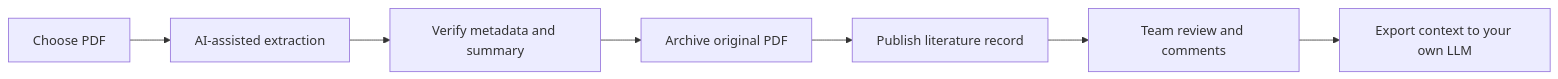
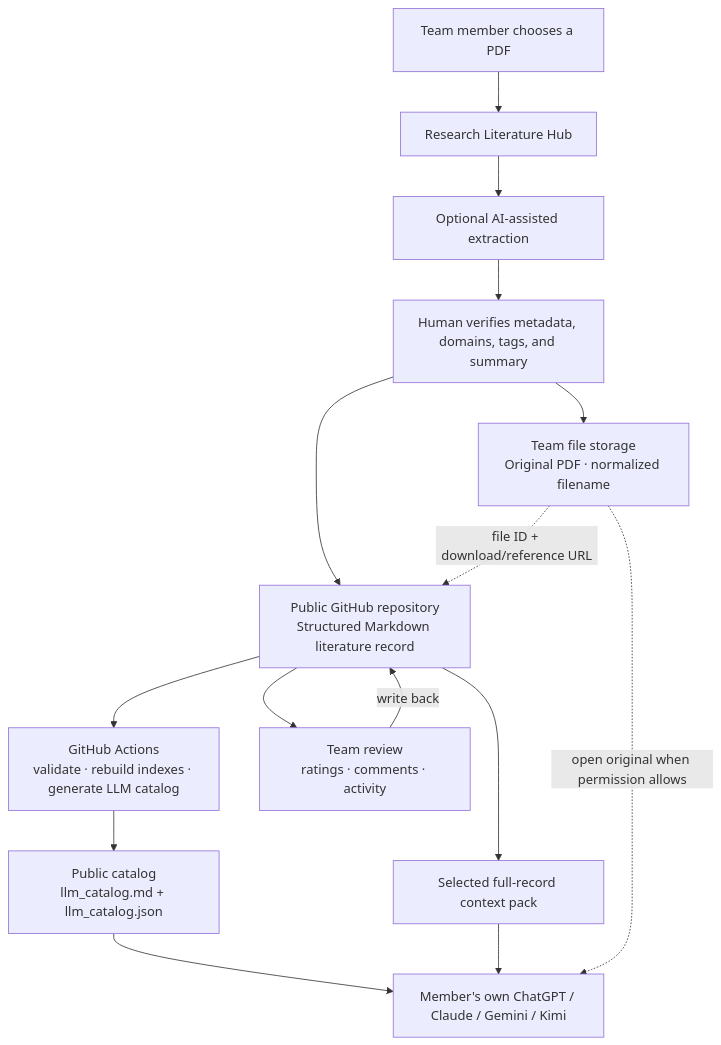
The diagram in README.md (yzyzieee/Research-Literature-Hub), drawn with Mermaid before and after one commit. The commit also changed other lines of this file and 5 other files, not shown here.

````diff
--- a/README.md
+++ b/README.md
@@ -47,9 +66,21 @@
 ```mermaid
-flowchart LR
-    A["Choose PDF"] --> B["AI-assisted extraction"]
-    B --> C["Verify metadata and summary"]
-    C --> D["Archive original PDF"]
-    D --> E["Publish literature record"]
-    E --> F["Team review and comments"]
-    F --> G["Export context to your own LLM"]
+flowchart TB
+    U["Team member chooses a PDF"] --> APP["Research Literature Hub"]
+    APP --> X["Optional AI-assisted extraction"]
+    X --> V["Human verifies metadata, domains, tags, and summary"]
+
+    V --> PDF["Team file storage<br/>Original PDF · normalized filename"]
+    V --> CARD["Public GitHub repository<br/>Structured Markdown literature record"]
+    PDF -. "file ID + download/reference URL" .-> CARD
+
+    CARD --> CI["GitHub Actions<br/>validate · rebuild indexes · generate LLM catalog"]
+    CI --> CAT["Public catalog<br/>llm_catalog.md + llm_catalog.json"]
+
+    CARD --> REVIEW["Team review<br/>ratings · comments · activity"]
+    REVIEW -->|"write back"| CARD
+
+    CAT --> LLM["Member's own ChatGPT / Claude / Gemini / Kimi"]
+    CARD --> PACK["Selected full-record context pack"]
+    PACK --> LLM
+    PDF -. "open original when permission allows" .-> LLM
 ```
````
